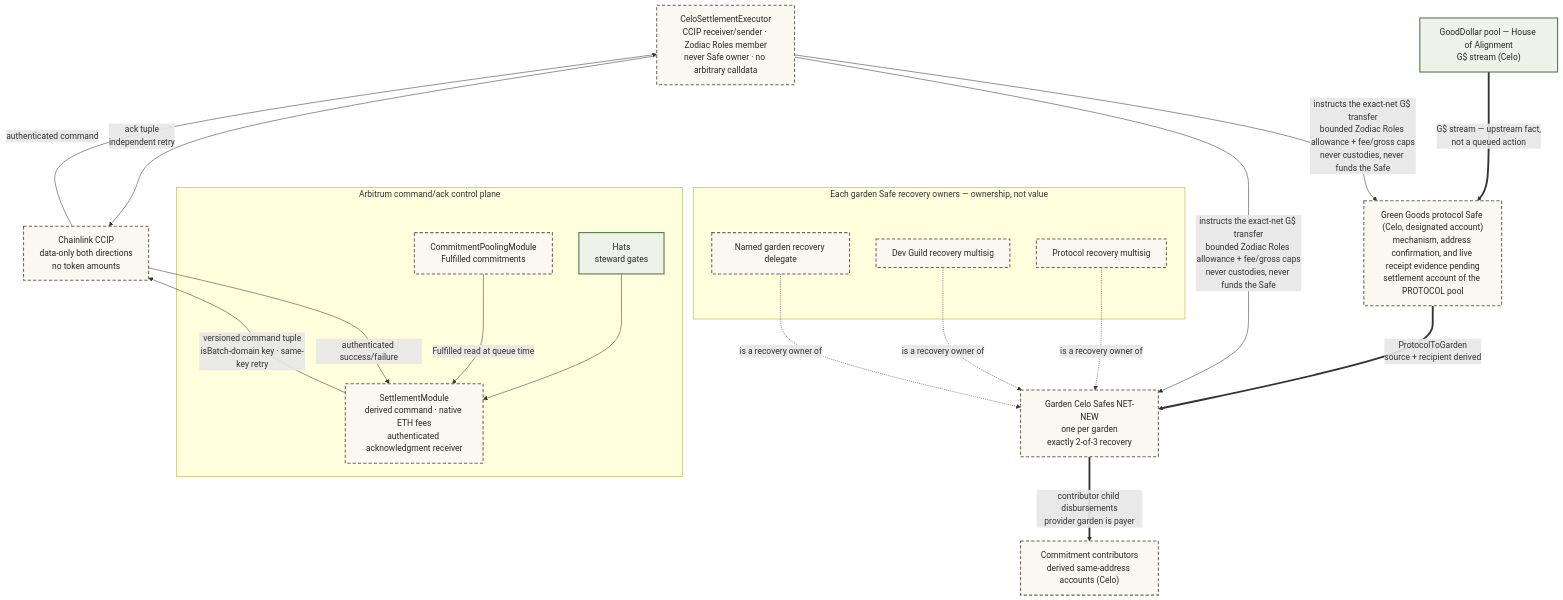
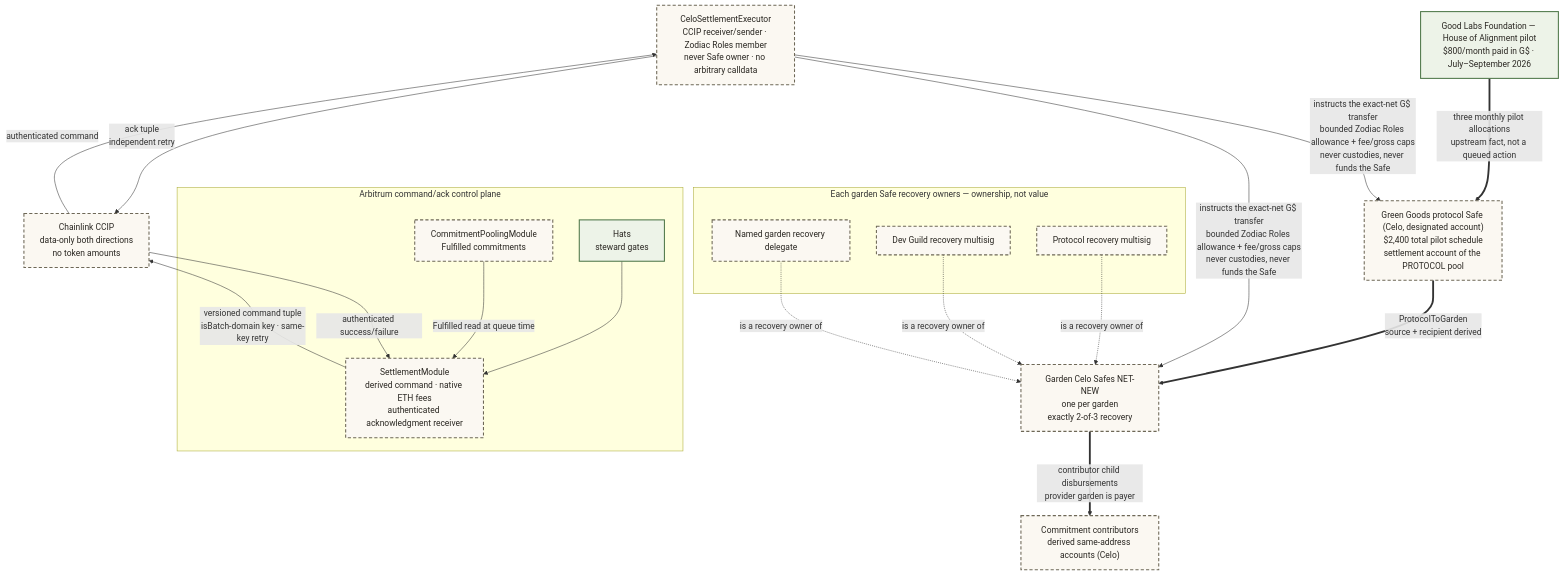
Diagram 27 of 40 in .plans/active/commitment-pooling/diagrams.md (greenpill-dev-guild/green-goods), drawn with Mermaid before and after one commit. The commit also changed other lines of this file and 6 other files, not shown here.

First line of the commit message:
docs(commitment-pooling): correct the House of Alignment pilot funding terms

````diff
--- a/.plans/active/commitment-pooling/diagrams.md
+++ b/.plans/active/commitment-pooling/diagrams.md
@@ -1635,43 +1635,43 @@
 ```mermaid
 flowchart TD
-  HOA["GoodDollar pool — House of Alignment<br/>G$ stream (Celo)"]
-  PS["Green Goods protocol Safe (Celo, designated account)<br/>mechanism, address confirmation, and live receipt evidence pending<br/>settlement account of the PROTOCOL pool"]
+  HOA["Good Labs Foundation — House of Alignment pilot<br/>$800/month paid in G$ · July–September 2026"]
+  PS["Green Goods protocol Safe (Celo, designated account)<br/>$2,400 total pilot schedule<br/>settlement account of the PROTOCOL pool"]
   GS["Garden Celo Safes NET-NEW<br/>one per garden<br/>exactly 2-of-3 recovery"]
   MEM["Commitment contributors<br/>derived same-address accounts (Celo)"]
 
   subgraph OWN["Each garden Safe recovery owners — ownership, not value"]
     PM["Protocol recovery multisig"]
     DM["Dev Guild recovery multisig"]
     GR["Named garden recovery delegate"]
   end
   CE["CeloSettlementExecutor<br/>CCIP receiver/sender · Zodiac Roles member<br/>never Safe owner · no arbitrary calldata"]
 
   subgraph ARB["Arbitrum command/ack control plane"]
     HATS["Hats<br/>steward gates"]
     CPM["CommitmentPoolingModule<br/>Fulfilled commitments"]
     SM["SettlementModule<br/>derived command · native ETH fees<br/>authenticated acknowledgment receiver"]
   end
   CCIP["Chainlink CCIP<br/>data-only both directions<br/>no token amounts"]
 
-  HOA ==>|"G$ stream — upstream fact,<br/>not a queued action"| PS
+  HOA ==>|"three monthly pilot allocations<br/>upstream fact, not a queued action"| PS
   PS ==>|"ProtocolToGarden<br/>source + recipient derived"| GS
   GS ==>|"contributor child disbursements<br/>provider garden is payer"| MEM
   CE -->|"instructs the exact-net G$ transfer<br/>bounded Zodiac Roles allowance + fee/gross caps<br/>never custodies, never funds the Safe"| PS
   CE -->|"instructs the exact-net G$ transfer<br/>bounded Zodiac Roles allowance + fee/gross caps<br/>never custodies, never funds the Safe"| GS
 
   HATS --> SM
   CPM -->|"Fulfilled read at queue time"| SM
   SM -->|"versioned command tuple<br/>isBatch-domain key · same-key retry"| CCIP
   CCIP -->|"authenticated command"| CE
   CE -->|"ack tuple<br/>independent retry"| CCIP
   CCIP -->|"authenticated success/failure"| SM
 
   PM -.->|"is a recovery owner of"| GS
   DM -.->|"is a recovery owner of"| GS
   GR -.->|"is a recovery owner of"| GS
 
   classDef built fill:#edf3e8,stroke:#50784a,stroke-width:2px,color:#2a2722
   classDef planned fill:#fbf8f2,stroke:#6e6857,stroke-width:2px,stroke-dasharray:6 4,color:#2a2722
   class HOA,HATS built
   class PS,GS,MEM,CE,CPM,SM,CCIP,PM,DM,GR planned
 ```
````
